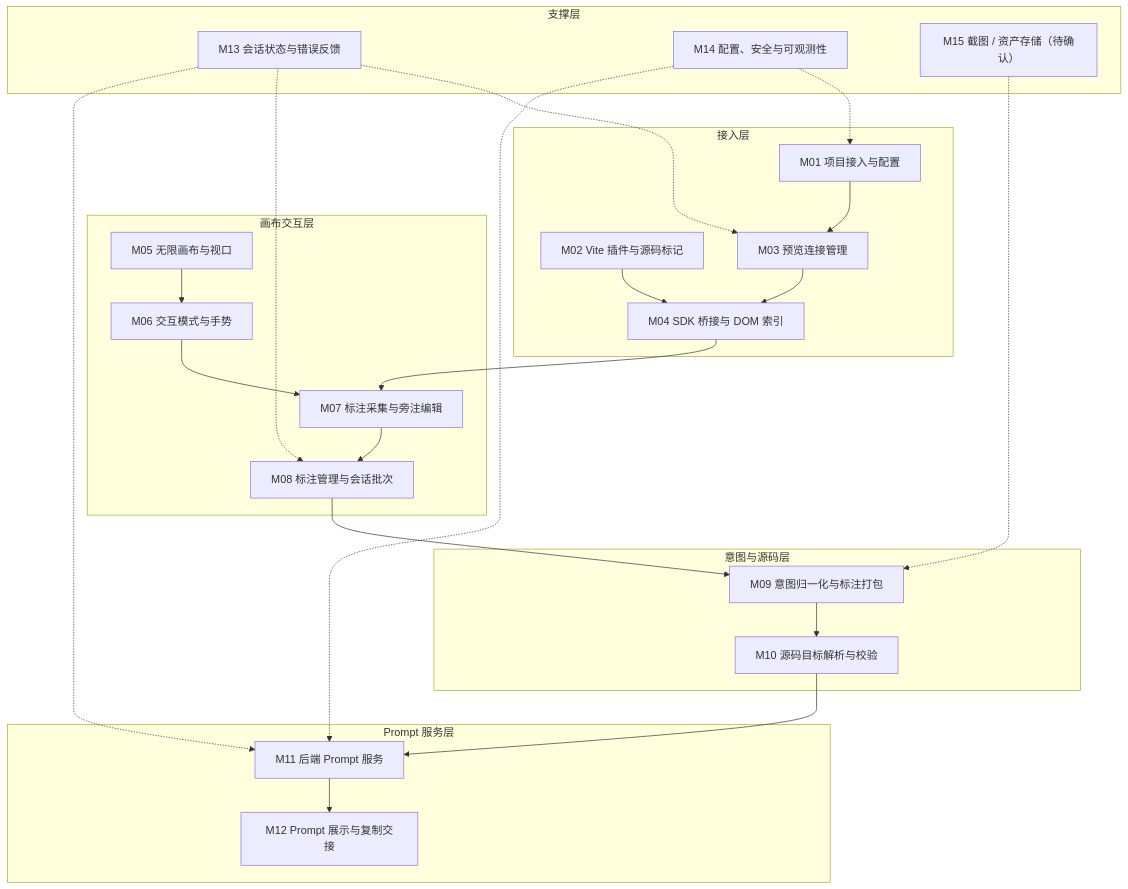
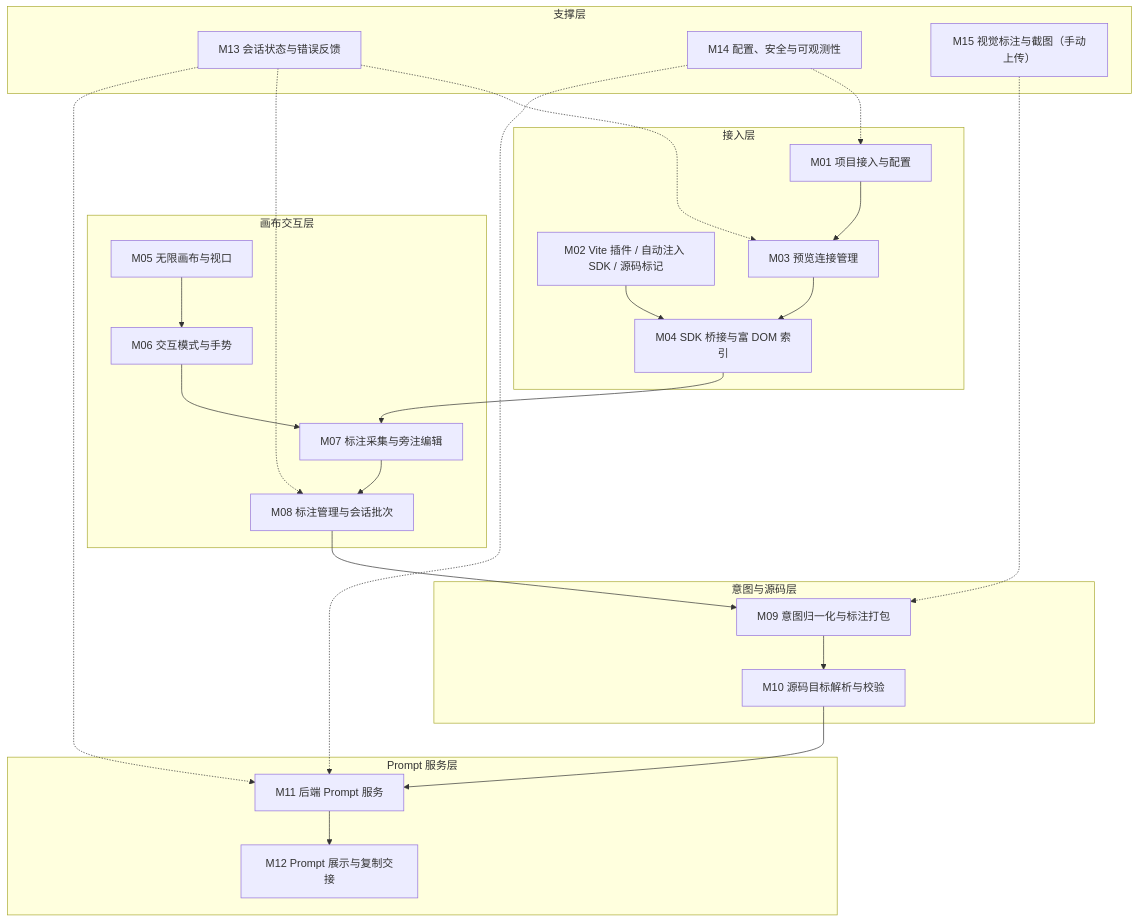
One commit to Cai199999/vibe-app changed the second of 5 diagrams in docs/design/01.功能模块梳理.md. Above: the diagram before and after it, drawn with Mermaid. The commit also changed other lines of this file and 5 other files, not shown here.

````diff
--- a/docs/design/01.功能模块梳理.md
+++ b/docs/design/01.功能模块梳理.md
@@ -177,50 +214,50 @@
 ```mermaid
 flowchart TB
     subgraph Access["接入层"]
         M01["M01 项目接入与配置"]
-        M02["M02 Vite 插件与源码标记"]
+        M02["M02 Vite 插件 / 自动注入 SDK / 源码标记"]
         M03["M03 预览连接管理"]
-        M04["M04 SDK 桥接与 DOM 索引"]
+        M04["M04 SDK 桥接与富 DOM 索引"]
     end
 
     subgraph Canvas["画布交互层"]
         M05["M05 无限画布与视口"]
         M06["M06 交互模式与手势"]
         M07["M07 标注采集与旁注编辑"]
         M08["M08 标注管理与会话批次"]
     end
 
     subgraph Intent["意图与源码层"]
         M09["M09 意图归一化与标注打包"]
         M10["M10 源码目标解析与校验"]
     end
 
     subgraph AI["Prompt 服务层"]
         M11["M11 后端 Prompt 服务"]
         M12["M12 Prompt 展示与复制交接"]
     end
 
     subgraph Support["支撑层"]
         M13["M13 会话状态与错误反馈"]
         M14["M14 配置、安全与可观测性"]
-        M15["M15 截图 / 资产存储（待确认）"]
+        M15["M15 视觉标注与截图（手动上传）"]
     end
 
     M01 --> M03
     M02 --> M04
     M03 --> M04
     M04 --> M07
     M05 --> M06
     M06 --> M07
     M07 --> M08
     M08 --> M09
     M09 --> M10
     M10 --> M11
     M11 --> M12
     M13 -.-> M03
     M13 -.-> M08
     M13 -.-> M11
     M14 -.-> M01
     M14 -.-> M11
     M15 -.-> M09
 ```
````
